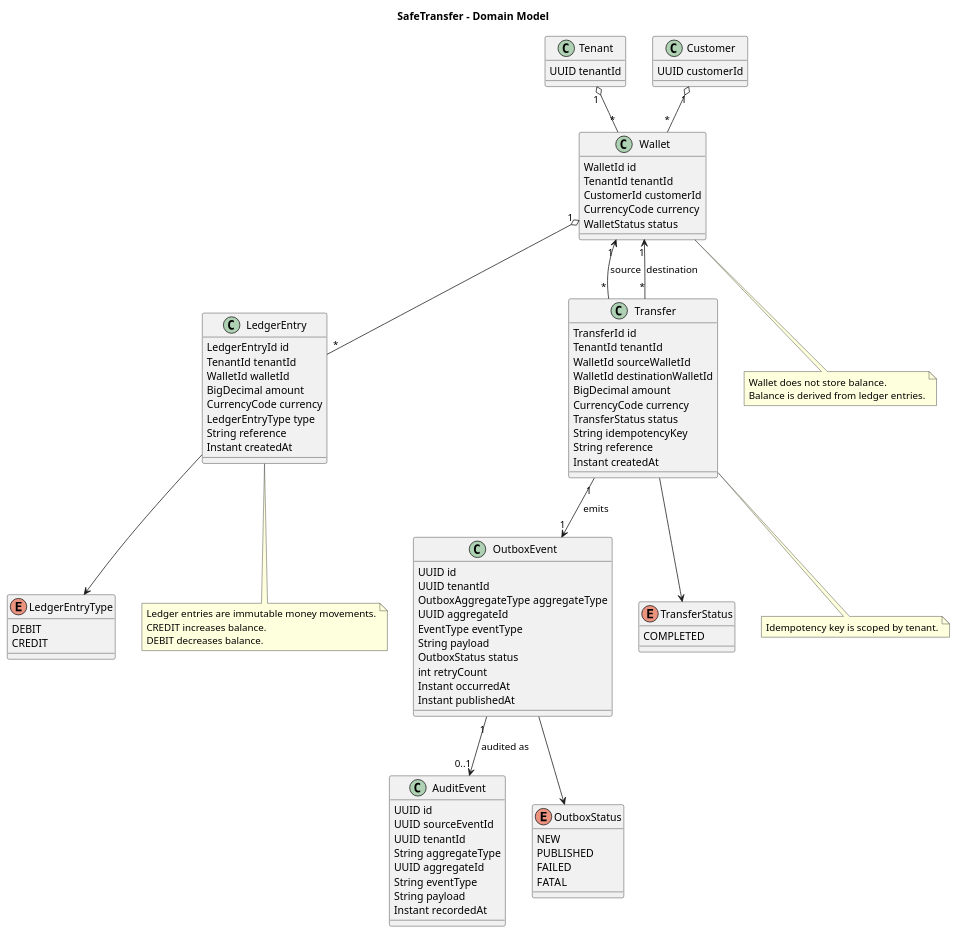
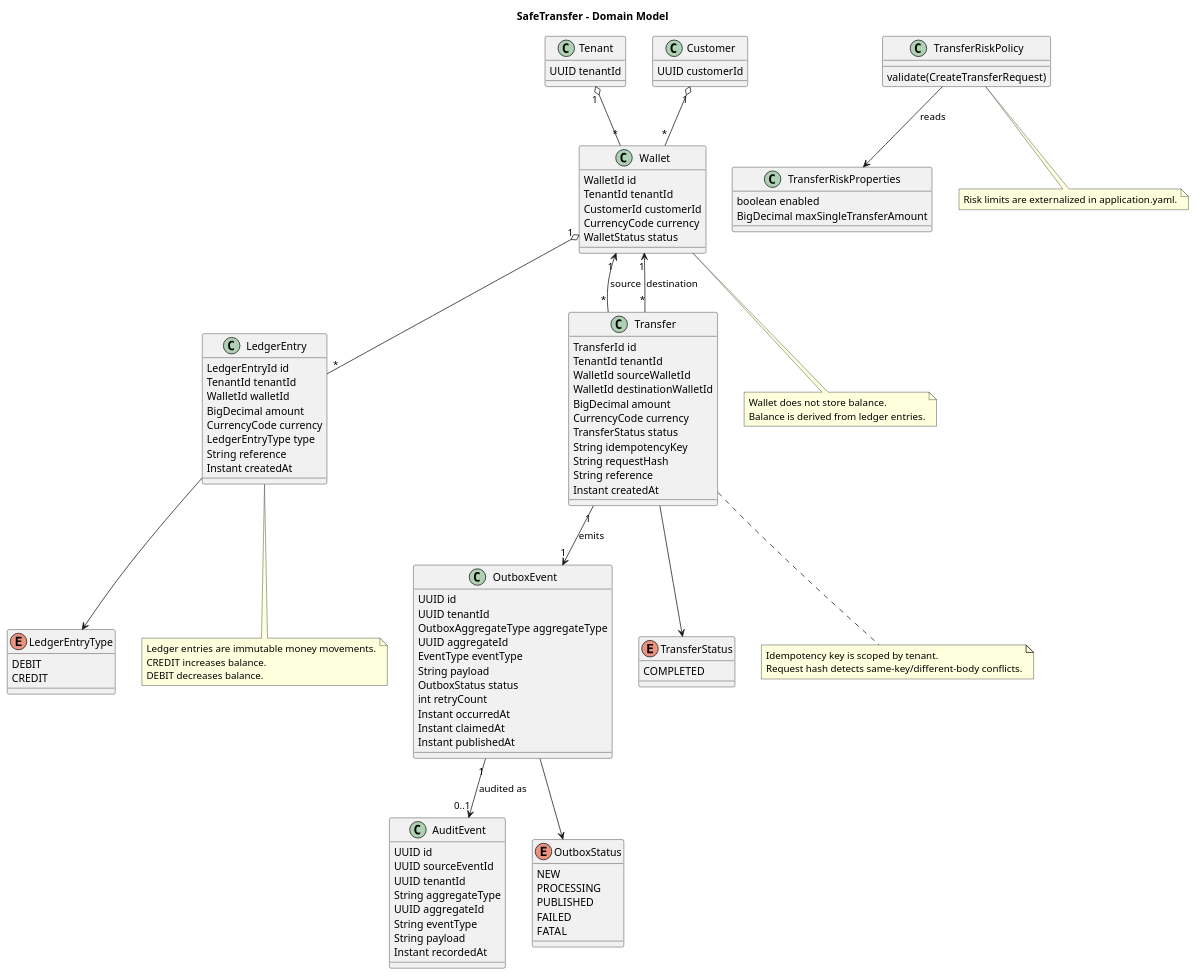
Before and after one commit to ngnowak/safe-transfer: the diagram in architecture/domain-model.puml, drawn with PlantUML. The commit also changed 7 other files, not shown here.

Commit message:
XXX(007): update diagram

```diff
--- a/architecture/domain-model.puml
+++ b/architecture/domain-model.puml
@@ -1,113 +1,131 @@
 @startuml SafeTransfer Domain Model
 title SafeTransfer - Domain Model
 
 skinparam shadowing false
 skinparam classAttributeIconSize 0
 
 class Tenant {
   UUID tenantId
 }
 
 class Customer {
   UUID customerId
 }
 
 class Wallet {
   WalletId id
   TenantId tenantId
   CustomerId customerId
   CurrencyCode currency
   WalletStatus status
 }
 
 class LedgerEntry {
   LedgerEntryId id
   TenantId tenantId
   WalletId walletId
   BigDecimal amount
   CurrencyCode currency
   LedgerEntryType type
   String reference
   Instant createdAt
 }
 
 class Transfer {
   TransferId id
   TenantId tenantId
   WalletId sourceWalletId
   WalletId destinationWalletId
   BigDecimal amount
   CurrencyCode currency
   TransferStatus status
   String idempotencyKey
+  String requestHash
   String reference
   Instant createdAt
+}
+
+class TransferRiskPolicy {
+  validate(CreateTransferRequest)
+}
+
+class TransferRiskProperties {
+  boolean enabled
+  BigDecimal maxSingleTransferAmount
 }
 
 class OutboxEvent {
   UUID id
   UUID tenantId
   OutboxAggregateType aggregateType
   UUID aggregateId
   EventType eventType
   String payload
   OutboxStatus status
   int retryCount
   Instant occurredAt
+  Instant claimedAt
   Instant publishedAt
 }
 
 class AuditEvent {
   UUID id
   UUID sourceEventId
   UUID tenantId
   String aggregateType
   UUID aggregateId
   String eventType
   String payload
   Instant recordedAt
 }
 
 enum LedgerEntryType {
   DEBIT
   CREDIT
 }
 
 enum TransferStatus {
   COMPLETED
 }
 
 enum OutboxStatus {
   NEW
+  PROCESSING
   PUBLISHED
   FAILED
   FATAL
 }
 
 Tenant "1" o-- "*" Wallet
 Customer "1" o-- "*" Wallet
 Wallet "1" o-- "*" LedgerEntry
 Wallet "1" <-- "*" Transfer : source
 Wallet "1" <-- "*" Transfer : destination
 Transfer "1" --> "1" OutboxEvent : emits
+TransferRiskPolicy --> TransferRiskProperties : reads
 OutboxEvent "1" --> "0..1" AuditEvent : audited as
 LedgerEntry --> LedgerEntryType
 Transfer --> TransferStatus
 OutboxEvent --> OutboxStatus
 
 note bottom of Wallet
   Wallet does not store balance.
   Balance is derived from ledger entries.
 end note
 
 note bottom of LedgerEntry
   Ledger entries are immutable money movements.
   CREDIT increases balance.
   DEBIT decreases balance.
 end note
 
 note bottom of Transfer
   Idempotency key is scoped by tenant.
+  Request hash detects same-key/different-body conflicts.
+end note
+
+note bottom of TransferRiskPolicy
+  Risk limits are externalized in application.yaml.
 end note
 
 @enduml
```
